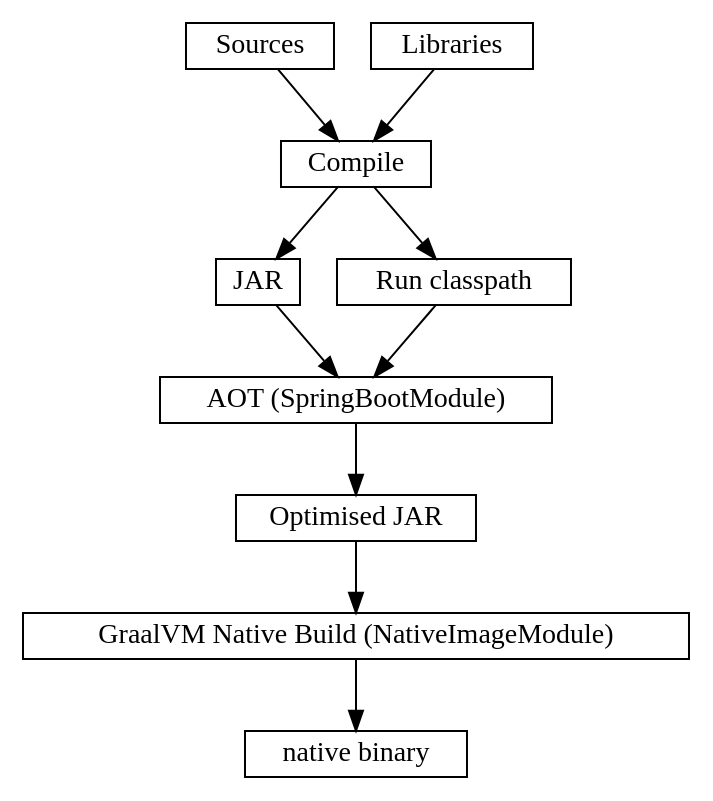
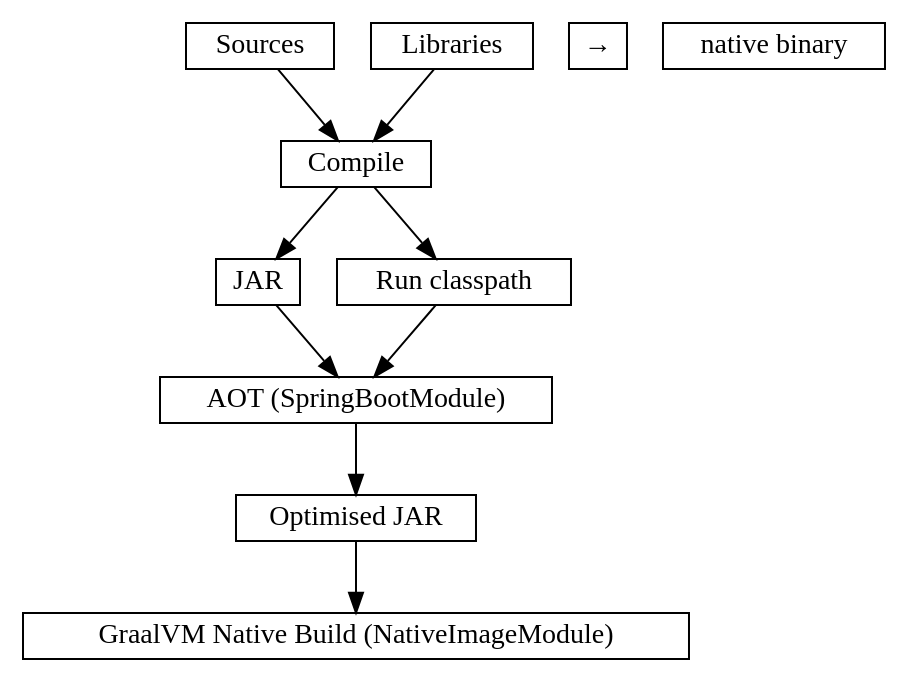
The first of 3 diagrams in website/blog/modules/ROOT/pages/21-quarkus-spring-micronaut-with-mill.adoc (com-lihaoyi/mill), drawn with Graphviz before and after one commit. The commit also changed other lines of this file, not shown here.

```diff
--- a/website/blog/modules/ROOT/pages/21-quarkus-spring-micronaut-with-mill.adoc
+++ b/website/blog/modules/ROOT/pages/21-quarkus-spring-micronaut-with-mill.adoc
@@ -129,17 +170,17 @@
 [graphviz]
 ....
 digraph SpringBoot {
   rankdir=TB
   node [shape=box width=0 height=0]
 
   "Sources" -> "Compile"
   "Libraries" -> "Compile"
   "Compile" -> "JAR"
   "Compile" -> "Run classpath"
   "JAR" -> "AOT (SpringBootModule)"
   "Run classpath" -> "AOT (SpringBootModule)"
   "AOT (SpringBootModule)" -> "Optimised JAR"
   "Optimised JAR" -> "GraalVM Native Build (NativeImageModule)"
-  "GraalVM Native Build (NativeImageModule)" -> "native binary"
+  "GraalVM Native Build (NativeImageModule)" → "native binary"
 }
 ....
```
